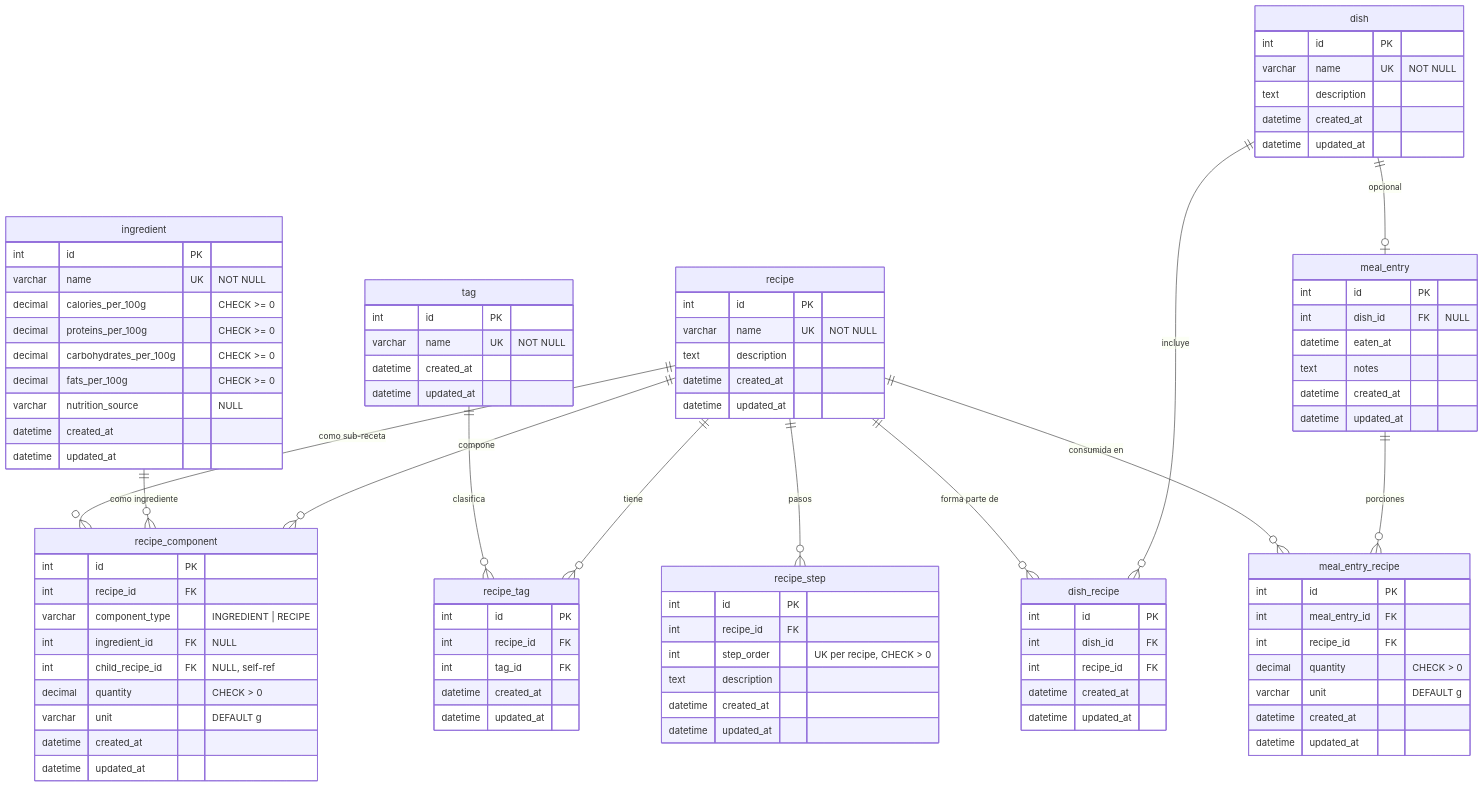
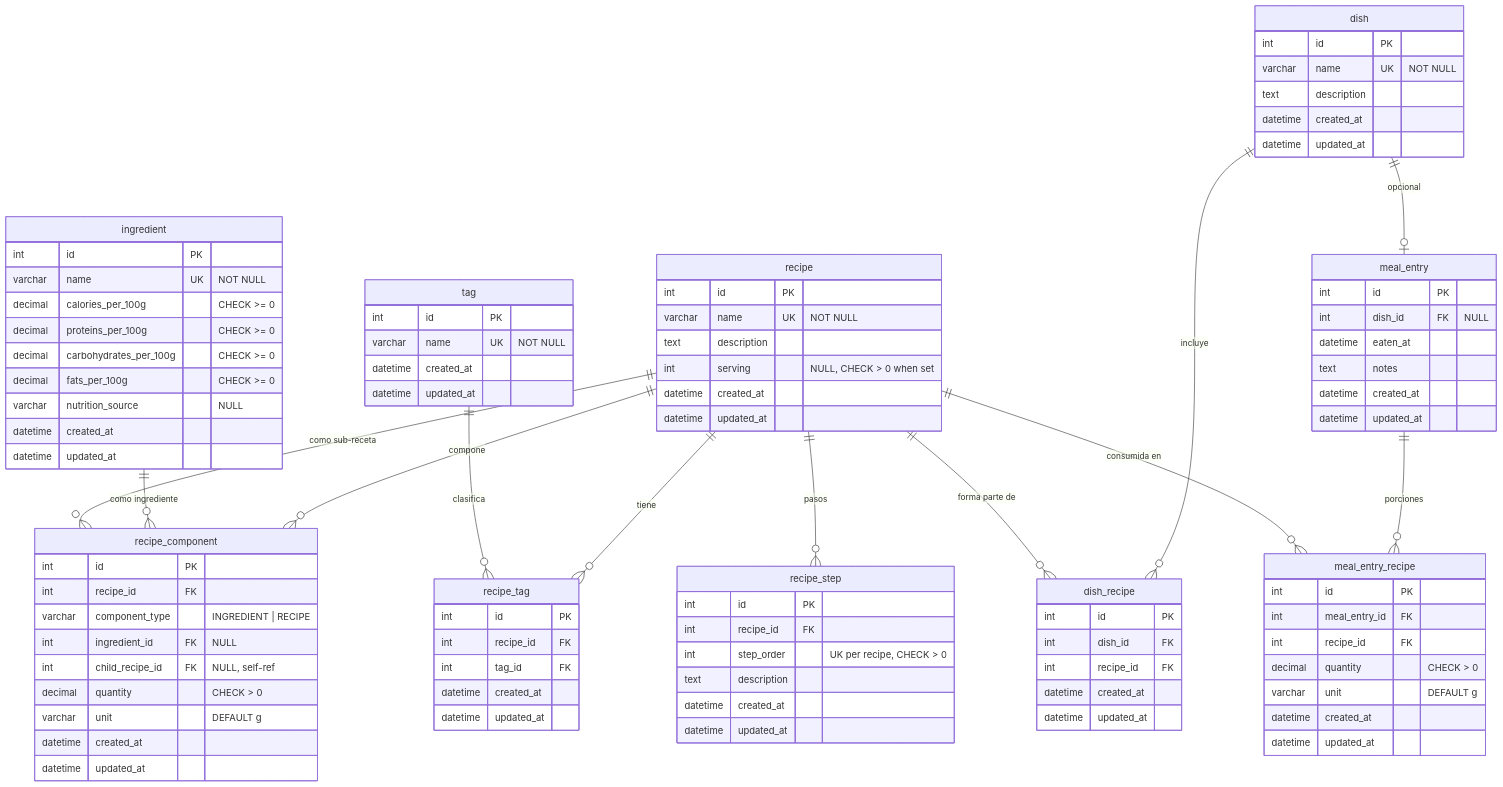
The diagram in docs/database-schema.md (AleitoxBiteCraft/recipe-api), drawn with Mermaid before and after one commit. The commit also changed other lines of this file and 3 other files, not shown here.

Commit message:
Enhance recipe schema and population scripts: Add nullable 'serving' field to the 'recipe' table with a check constraint, update related migration scripts to include 'serving' in recipe inserts, and document the optional nature of 'serving' in the database schema.

```diff
--- a/docs/database-schema.md
+++ b/docs/database-schema.md
@@ -24,6 +24,7 @@
         int id PK
         varchar name UK "NOT NULL"
         text description
+        int serving "NULL, CHECK > 0 when set"
         datetime created_at
         datetime updated_at
     }
```
